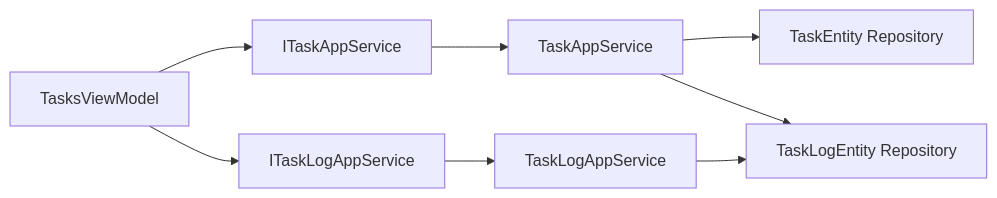
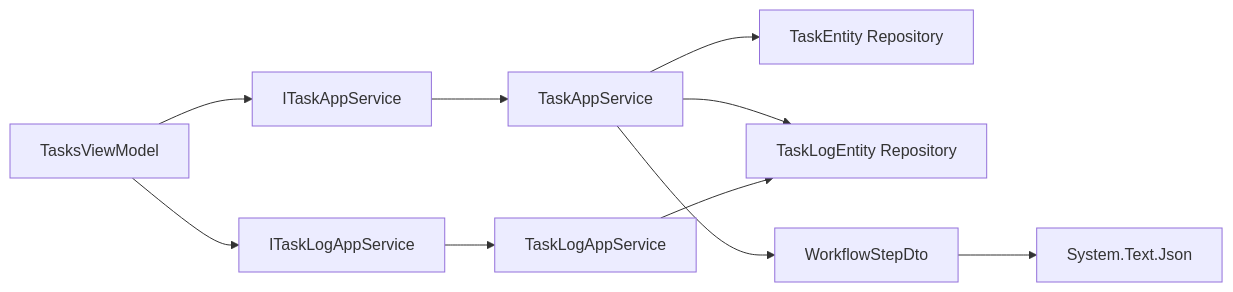
Before and after one commit to openlowcodelab/lowcode: the tenth of 10 diagrams in .qoder/repowiki/zh/content/AI助手服务/桌面端应用/视图模型层/任务管理视图模型.md, drawn with Mermaid. The commit also changed other lines of this file and 118 other files, not shown here.

````diff
--- a/.qoder/repowiki/zh/content/AI助手服务/桌面端应用/视图模型层/任务管理视图模型.md
+++ b/.qoder/repowiki/zh/content/AI助手服务/桌面端应用/视图模型层/任务管理视图模型.md
@@ -331,10 +525,12 @@
 ```mermaid
 graph LR
 VM["TasksViewModel"] --> IT["ITaskAppService"]
 VM --> IL["ITaskLogAppService"]
 IT --> TS["TaskAppService"]
 IL --> LS["TaskLogAppService"]
 TS --> RepoT["TaskEntity Repository"]
 TS --> RepoL["TaskLogEntity Repository"]
 LS --> RepoL
+TS --> WF["WorkflowStepDto"]
+WF --> JSON["System.Text.Json"]
 ```
````
